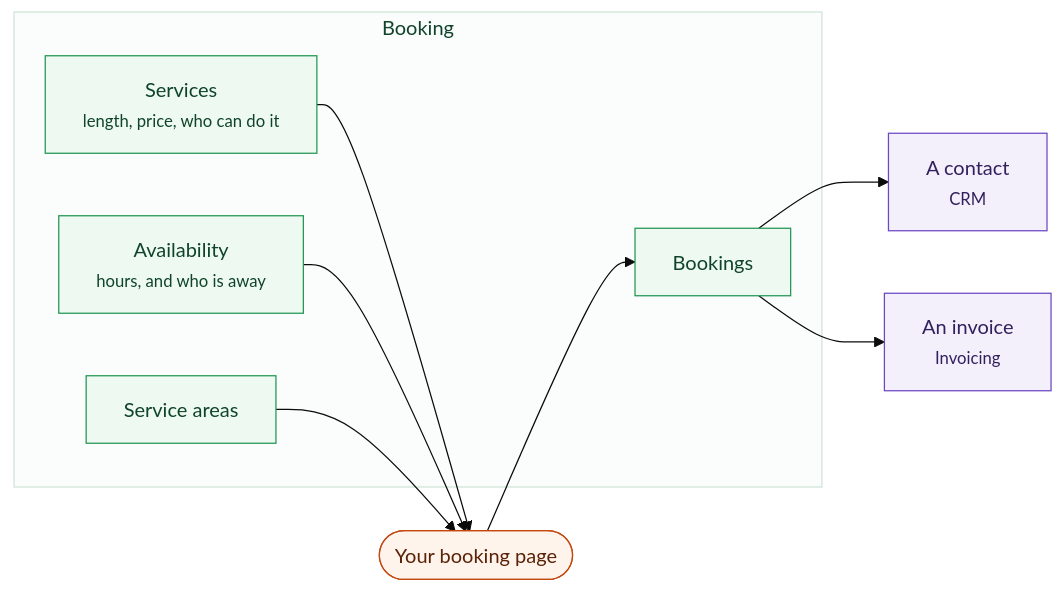
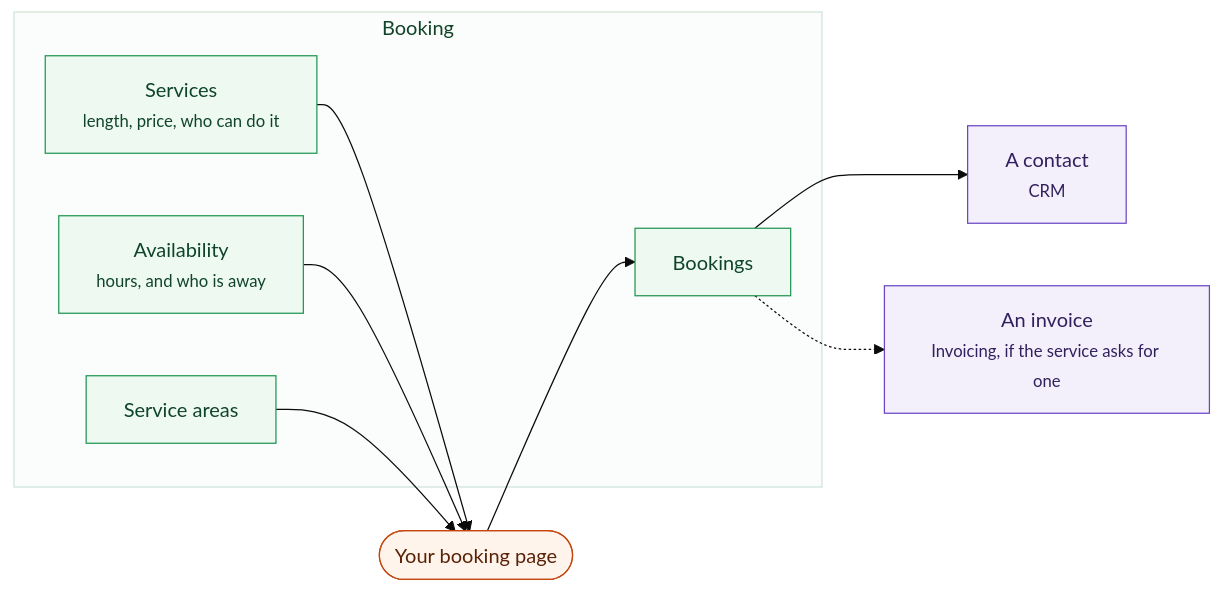
The first of 2 diagrams in docs/site/05-modules/booking.md (Sentrello/Sentrello), drawn with Mermaid (base theme) before and after one commit. The commit also changed other lines of this file and 13 other files, not shown here.

````diff
--- a/docs/site/05-modules/booking.md
+++ b/docs/site/05-modules/booking.md
@@ -16,24 +16,24 @@
 ```mermaid
 flowchart LR
   classDef screen fill:#eef4ff,stroke:#3b6fd4,color:#16305e
   classDef own fill:#eefaf1,stroke:#219653,color:#10442a
   classDef out fill:#f4f0fb,stroke:#6b47c4,color:#31205e
   classDef pub fill:#fff4ec,stroke:#c4470f,color:#5a2207
   subgraph OWN[" Booking "]
     SVC["Services<br/><small>length, price, who can do it</small>"]:::own
     AV["Availability<br/><small>hours, and who is away</small>"]:::own
     BK["Bookings"]:::own
     AREA["Service areas"]:::own
   end
   PUB(["Your booking page"]):::pub
   CRM["A contact<br/><small>CRM</small>"]:::out
-  INV["An invoice<br/><small>Invoicing</small>"]:::out
+  INV["An invoice<br/><small>Invoicing, if the service asks for one</small>"]:::out
 
   SVC --> PUB
   AV --> PUB
   AREA --> PUB
   PUB --> BK
   BK --> CRM
-  BK --> INV
+  BK -.-> INV
   style OWN fill:#fbfdfc,stroke:#cfe4d8,color:#10442a
 ```
````
